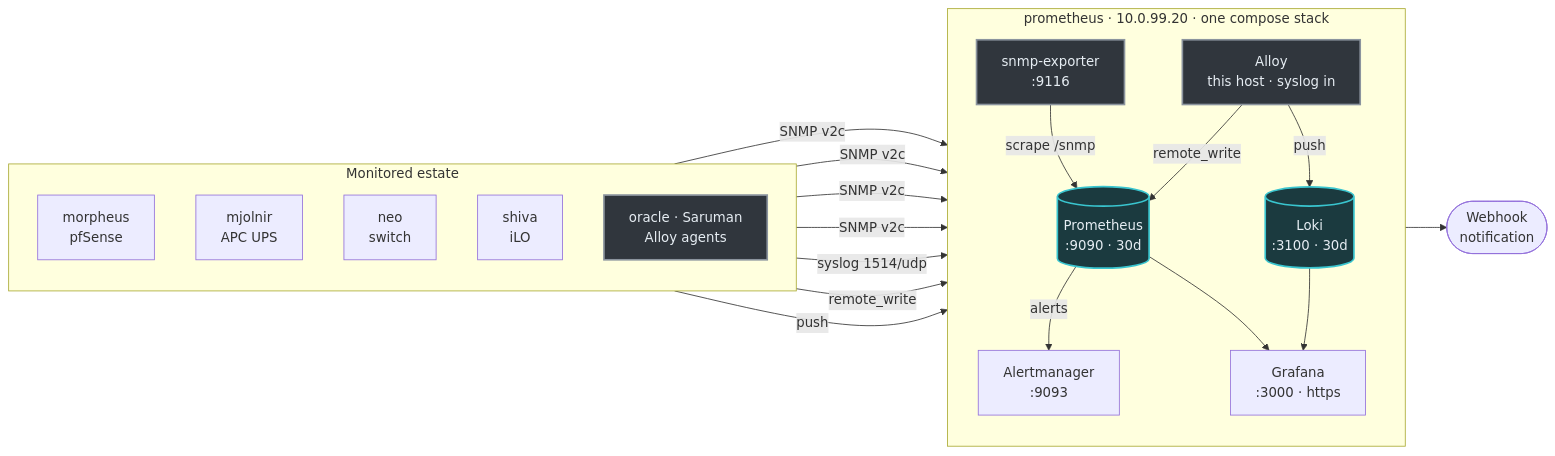
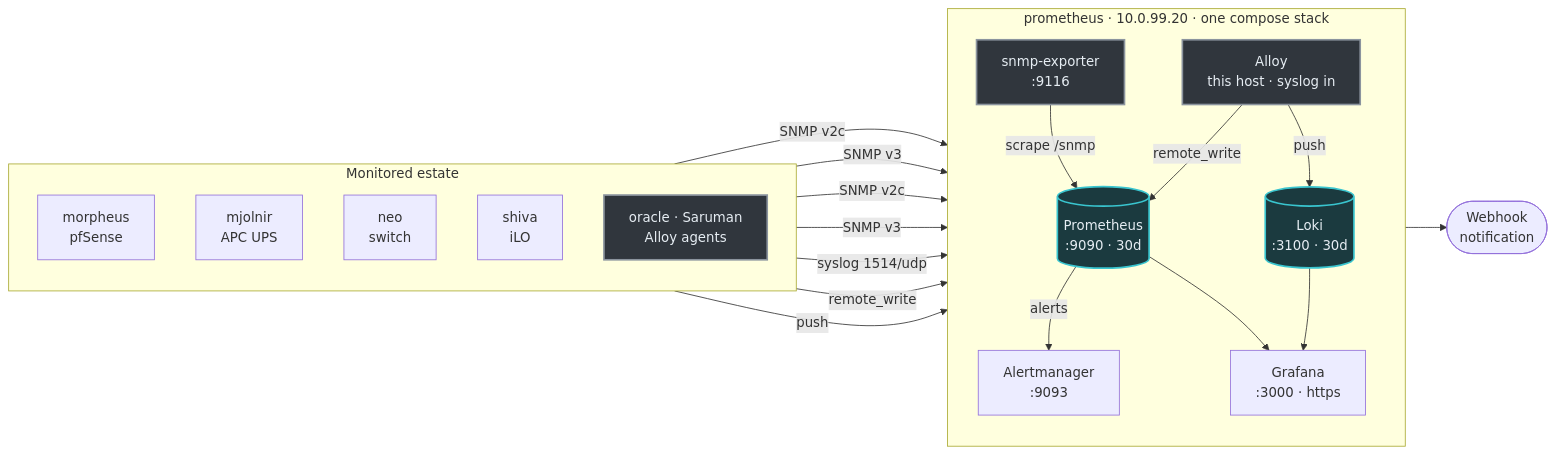
One commit to Gerrrt/HomeLab changed the second of 2 diagrams in docs/architecture.md. Above: the diagram before and after it, drawn with Mermaid. The commit also changed 1 other file, not shown here.

````diff
--- a/docs/architecture.md
+++ b/docs/architecture.md
@@ -118,48 +118,48 @@
 ```mermaid
 graph LR
     subgraph Sources["Monitored estate"]
         direction TB
         PF["morpheus<br/>pfSense"]
         UPSD["mjolnir<br/>APC UPS"]
         SWD["neo<br/>switch"]
         ILO["shiva<br/>iLO"]
         AGENTS["oracle · Saruman<br/>Alloy agents"]
     end
 
     subgraph Stack["prometheus · 10.0.99.20 · one compose stack"]
         direction TB
         SNMP["snmp-exporter<br/>:9116"]
         ALLOY["Alloy<br/>this host · syslog in"]
         PROM[("Prometheus<br/>:9090 · 30d")]
         LOKI[("Loki<br/>:3100 · 30d")]
         AM["Alertmanager<br/>:9093"]
         GRAF["Grafana<br/>:3000 · https"]
     end
 
     OUT([Webhook<br/>notification])
 
     PF -->|SNMP v2c| SNMP
-    UPSD -->|SNMP v2c| SNMP
+    UPSD -->|SNMP v3| SNMP
     SWD -->|SNMP v2c| SNMP
-    ILO -->|SNMP v2c| SNMP
+    ILO -->|SNMP v3| SNMP
     PF -->|syslog 1514/udp| ALLOY
     AGENTS -->|remote_write| PROM
     AGENTS -->|push| LOKI
 
     SNMP -->|scrape /snmp| PROM
     ALLOY -->|remote_write| PROM
     ALLOY -->|push| LOKI
     PROM -->|alerts| AM
     AM --> OUT
     PROM --> GRAF
     LOKI --> GRAF
 
     %% Deliberately outside the VLAN palette — this diagram is about data
     %% paths, not segments, and reusing a cable colour here would read as a
     %% claim about which segment a component is on. Grey means the same thing
     %% in both diagrams: plumbing. No dashes — that means "terminal" now.
     classDef store fill:#1b3a3f,stroke:#39c5cf,color:#e6edf3,stroke-width:2px
     classDef agent fill:#30363d,stroke:#8b949e,color:#e6edf3,stroke-width:2px
     class PROM,LOKI store
     class SNMP,ALLOY,AGENTS agent
 ```
````
